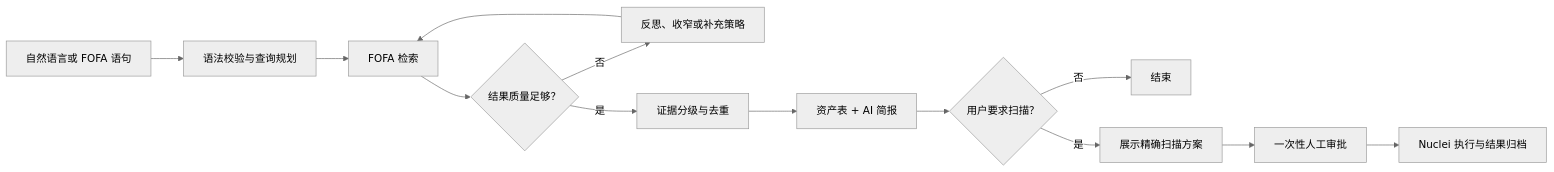
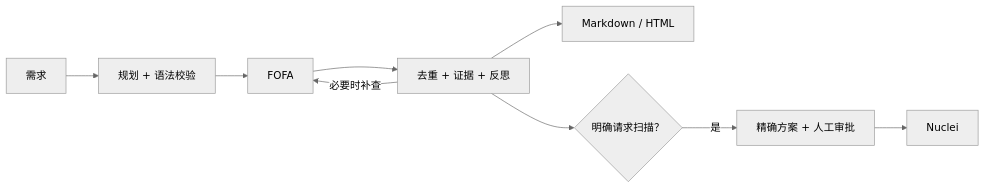
The diagram in data/readmes/asaotomo__FofaMap.md (zqf20096327/ai_collect), drawn with Mermaid (neutral theme) before and after one commit. The commit also changed other lines of this file and 2761 other files, not shown here.

````diff
--- a/data/readmes/asaotomo__FofaMap.md
+++ b/data/readmes/asaotomo__FofaMap.md
@@ -59,15 +585,11 @@
 ```mermaid
 flowchart LR
-    A["自然语言或 FOFA 语句"] --> B["语法校验与查询规划"]
-    B --> C["FOFA 检索"]
-    C --> D{"结果质量足够？"}
-    D -- "否" --> E["反思、收窄或补充策略"]
-    E --> C
-    D -- "是" --> F["证据分级与去重"]
-    F --> G["资产表 + AI 简报"]
-    G --> H{"用户要求扫描？"}
-    H -- "否" --> I["结束"]
-    H -- "是" --> J["展示精确扫描方案"]
-    J --> K["一次性人工审批"]
-    K --> L["Nuclei 执行与结果归档"]
+  A["需求"] --> B["规划 + 语法校验"]
+  B --> C["FOFA"]
+  C --> D["去重 + 证据 + 反思"]
+  D -->|必要时补查| C
+  D --> E["Markdown / HTML"]
+  D --> F{"明确请求扫描？"}
+  F -->|是| G["精确方案 + 人工审批"]
+  G --> H["Nuclei"]
 ```
````
